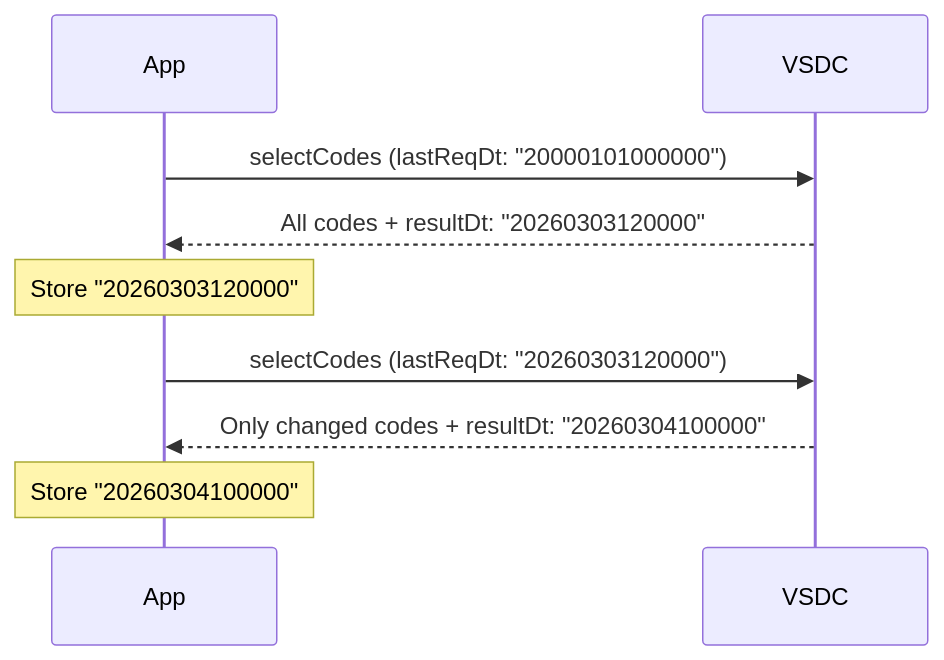
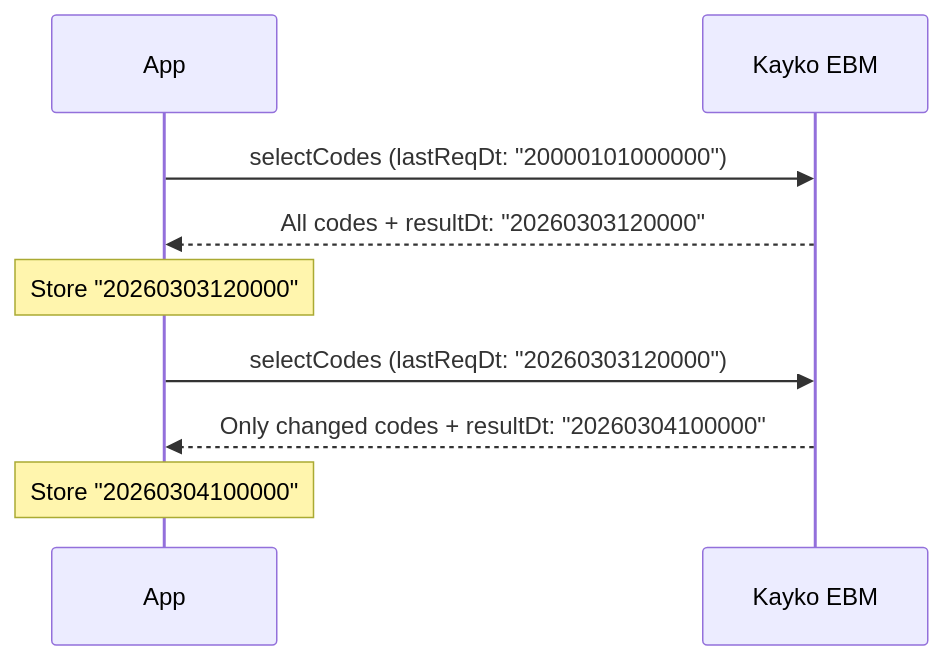
One commit to kaykorw/ebm_thirdparty_docs changed the diagram in concepts/data-sync.mdx. Above: the diagram before and after it, drawn with Mermaid. The commit also changed other lines of this file and 34 other files, not shown here.

Commit message:
Refactor API documentation to reflect the transition from VSDC to Kayko EBM, including updates to environment variables, endpoint references, and removal of the glossary. Adjusted descriptions and examples across multiple files for consistency and clarity.

````diff
--- a/concepts/data-sync.mdx
+++ b/concepts/data-sync.mdx
@@ -11,13 +11,13 @@
 ```mermaid
 sequenceDiagram
     participant App
-    participant VSDC
+    participant EBM as Kayko EBM
 
-    App->>VSDC: selectCodes (lastReqDt: "20000101000000")
-    VSDC-->>App: All codes + resultDt: "20260303120000"
+    App->>EBM: selectCodes (lastReqDt: "20000101000000")
+    EBM-->>App: All codes + resultDt: "20260303120000"
     Note over App: Store "20260303120000"
 
-    App->>VSDC: selectCodes (lastReqDt: "20260303120000")
-    VSDC-->>App: Only changed codes + resultDt: "20260304100000"
+    App->>EBM: selectCodes (lastReqDt: "20260303120000")
+    EBM-->>App: Only changed codes + resultDt: "20260304100000"
     Note over App: Store "20260304100000"
 ```
````
